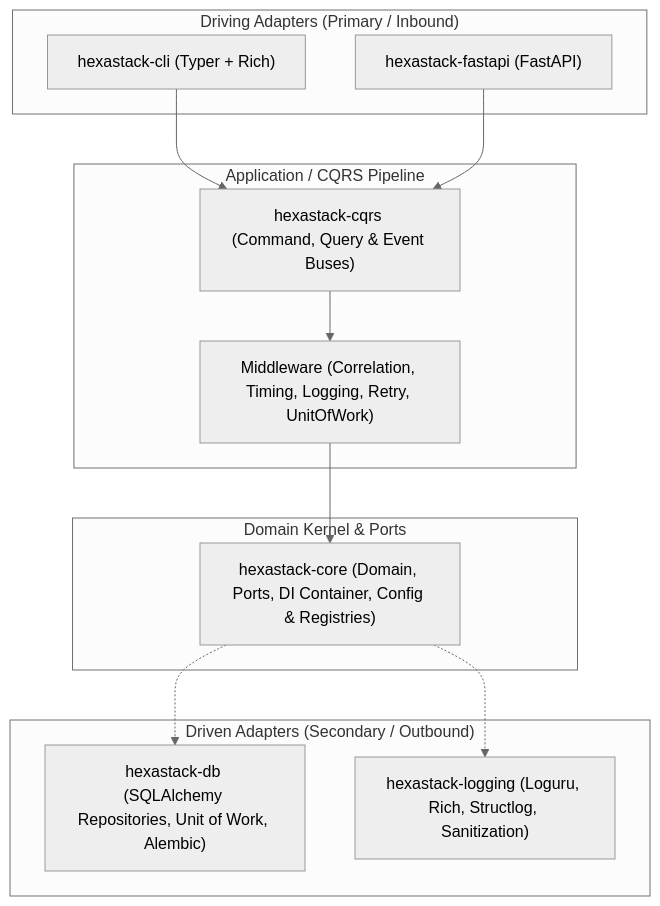
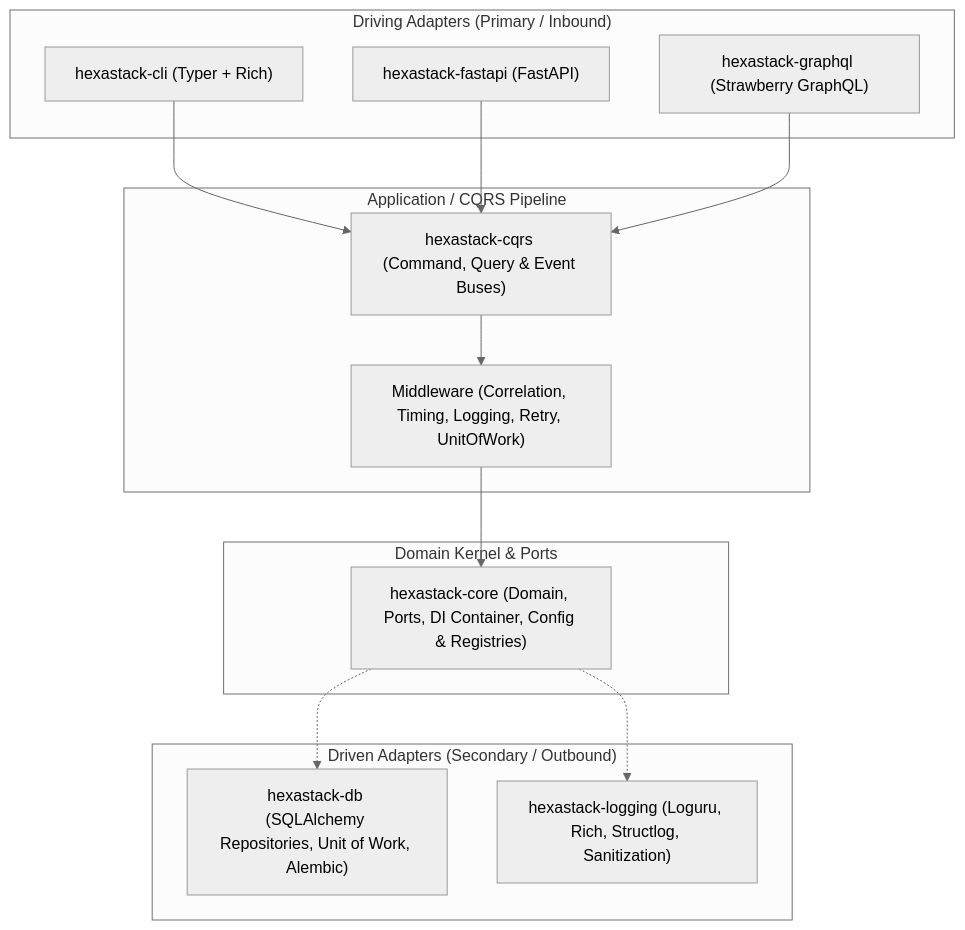
Before and after one commit to TheTrueSCU/hexastack: the first of 2 diagrams in README.md, drawn with Mermaid (neutral theme). The commit also changed other lines of this file and 25 other files, not shown here.

Commit message:
add hexastack-graphql with hexastack-fastapi extra

````diff
--- a/README.md
+++ b/README.md
@@ -15,28 +15,30 @@
 ```mermaid
 graph TD
     subgraph DrivingAdapters ["Driving Adapters (Primary / Inbound)"]
         CLI["hexastack-cli (Typer + Rich)"]
         REST["hexastack-fastapi (FastAPI)"]
+        GQL["hexastack-graphql (Strawberry GraphQL)"]
     end
 
     subgraph CQRSExecution ["Application / CQRS Pipeline"]
         BUS["hexastack-cqrs (Command, Query & Event Buses)"]
         MW["Middleware (Correlation, Timing, Logging, Retry, UnitOfWork)"]
     end
 
     subgraph DomainKernel ["Domain Kernel & Ports"]
         CORE["hexastack-core (Domain, Ports, DI Container, Config & Registries)"]
     end
 
     subgraph DrivenAdapters ["Driven Adapters (Secondary / Outbound)"]
         DB["hexastack-db (SQLAlchemy Repositories, Unit of Work, Alembic)"]
         LOG["hexastack-logging (Loguru, Rich, Structlog, Sanitization)"]
     end
 
     CLI --> BUS
     REST --> BUS
+    GQL --> BUS
     BUS --> MW
     MW --> CORE
     CORE -.-> DB
     CORE -.-> LOG
 ```
````
